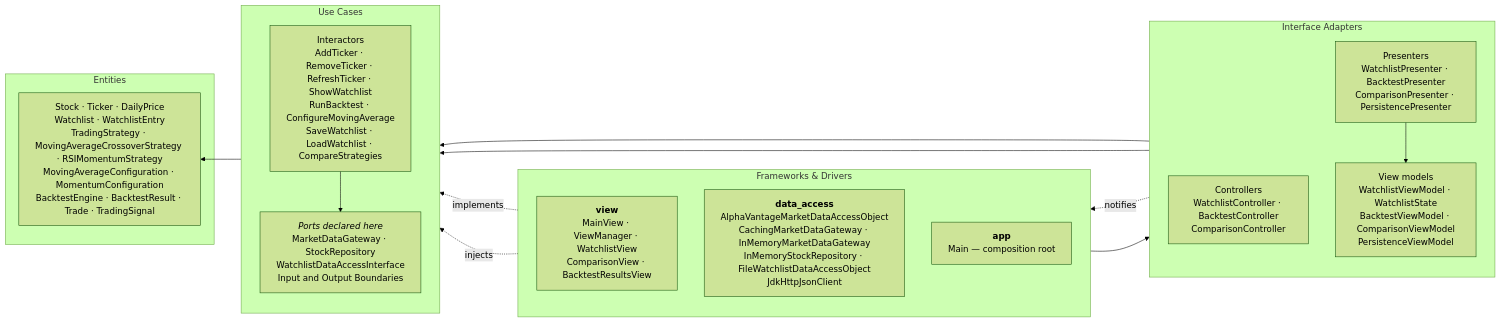
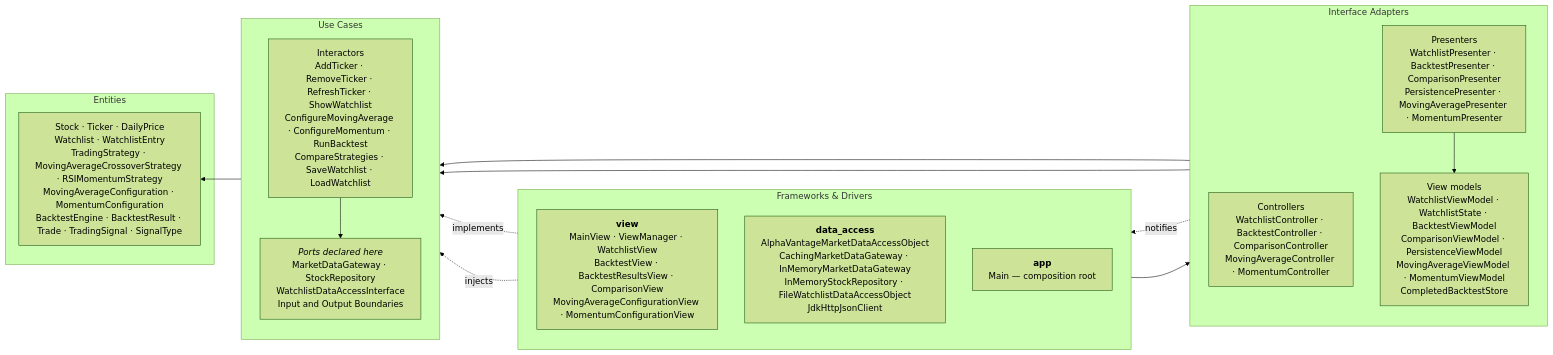
The diagram in docs/architecture.md (AbhirveM/csc207-team-8-final), drawn with Mermaid (forest theme) before and after one commit. The commit also changed other lines of this file and 6 other files, not shown here.

First line of the commit message:
Add use case, entity, and sequence diagrams; correct stale docs

````diff
--- a/docs/architecture.md
+++ b/docs/architecture.md
@@ -13,36 +18,36 @@
 ```mermaid
 flowchart RL
     subgraph FRAMEWORKS["Frameworks &amp; Drivers"]
         direction TB
-        VIEWS["<b>view</b><br/>MainView · ViewManager · WatchlistView<br/>ComparisonView · BacktestResultsView"]
+        VIEWS["<b>view</b><br/>MainView · ViewManager · WatchlistView<br/>BacktestView · BacktestResultsView · ComparisonView<br/>MovingAverageConfigurationView · MomentumConfigurationView"]
         DATA["<b>data_access</b><br/>AlphaVantageMarketDataAccessObject<br/>CachingMarketDataGateway · InMemoryMarketDataGateway<br/>InMemoryStockRepository · FileWatchlistDataAccessObject<br/>JdkHttpJsonClient"]
         MAIN["<b>app</b><br/>Main — composition root"]
     end
 
     subgraph ADAPTERS["Interface Adapters"]
         direction TB
-        CTRL["Controllers<br/>WatchlistController · BacktestController<br/>ComparisonController"]
-        PRES["Presenters<br/>WatchlistPresenter · BacktestPresenter<br/>ComparisonPresenter · PersistencePresenter"]
-        VMS["View models<br/>WatchlistViewModel · WatchlistState<br/>BacktestViewModel · ComparisonViewModel<br/>PersistenceViewModel"]
+        CTRL["Controllers<br/>WatchlistController · BacktestController · ComparisonController<br/>MovingAverageController · MomentumController"]
+        PRES["Presenters<br/>WatchlistPresenter · BacktestPresenter · ComparisonPresenter<br/>PersistencePresenter · MovingAveragePresenter · MomentumPresenter"]
+        VMS["View models<br/>WatchlistViewModel · WatchlistState · BacktestViewModel<br/>ComparisonViewModel · PersistenceViewModel<br/>MovingAverageViewModel · MomentumViewModel<br/>CompletedBacktestStore"]
     end
 
     subgraph USECASE["Use Cases"]
         direction TB
-        INT["Interactors<br/>AddTicker · RemoveTicker · RefreshTicker · ShowWatchlist<br/>RunBacktest · ConfigureMovingAverage<br/>SaveWatchlist · LoadWatchlist · CompareStrategies"]
+        INT["Interactors<br/>AddTicker · RemoveTicker · RefreshTicker · ShowWatchlist<br/>ConfigureMovingAverage · ConfigureMomentum · RunBacktest<br/>CompareStrategies · SaveWatchlist · LoadWatchlist"]
         PORTS["<i>Ports declared here</i><br/>MarketDataGateway · StockRepository<br/>WatchlistDataAccessInterface<br/>Input and Output Boundaries"]
     end
 
     subgraph ENTITIES["Entities"]
-        ENT["Stock · Ticker · DailyPrice<br/>Watchlist · WatchlistEntry<br/>TradingStrategy · MovingAverageCrossoverStrategy · RSIMomentumStrategy<br/>MovingAverageConfiguration · MomentumConfiguration<br/>BacktestEngine · BacktestResult · Trade · TradingSignal"]
+        ENT["Stock · Ticker · DailyPrice<br/>Watchlist · WatchlistEntry<br/>TradingStrategy · MovingAverageCrossoverStrategy · RSIMomentumStrategy<br/>MovingAverageConfiguration · MomentumConfiguration<br/>BacktestEngine · BacktestResult · Trade · TradingSignal · SignalType"]
     end
 
     VIEWS --> CTRL
     CTRL --> PORTS
     INT --> PORTS
     INT --> ENT
     PRES --> PORTS
     PRES --> VMS
     VMS -.notifies.-> VIEWS
     DATA -.implements.-> PORTS
     MAIN -.injects.-> INT
 ```
````
